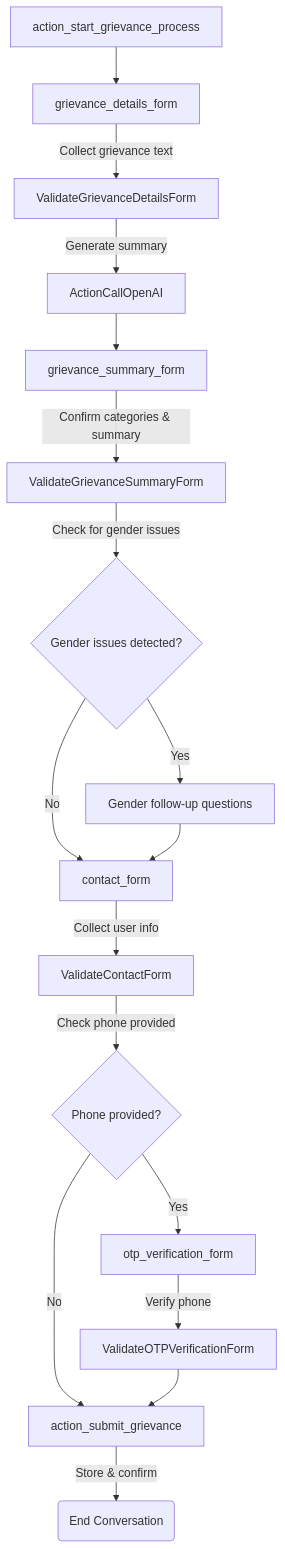
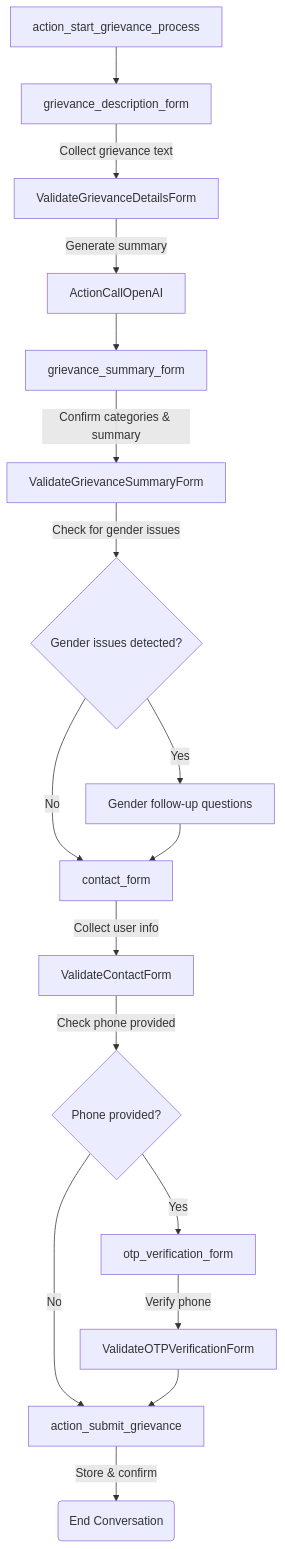
One commit to philgaeng/chatbot_ssh changed the second of 3 diagrams in documentation/CONVERSATION_FLOW.md. Above: the diagram before and after it, drawn with Mermaid. The commit also changed other lines of this file and 8077 other files, not shown here.

````diff
--- a/documentation/CONVERSATION_FLOW.md
+++ b/documentation/CONVERSATION_FLOW.md
@@ -26,19 +26,19 @@
 ```mermaid
 flowchart TD
-    StartGrievance[action_start_grievance_process] --> GrievanceDetails[grievance_details_form]
+    StartGrievance[action_start_grievance_process] --> GrievanceDetails[grievance_description_form]
     GrievanceDetails --> |Collect grievance text| ValidateGrievanceDetails[ValidateGrievanceDetailsForm]
     ValidateGrievanceDetails --> |Generate summary| OpenAICall[ActionCallOpenAI]
     OpenAICall --> GrievanceSummary[grievance_summary_form]
     GrievanceSummary --> |Confirm categories & summary| ValidateGrievanceSummary[ValidateGrievanceSummaryForm]
     ValidateGrievanceSummary --> |Check for gender issues| GenderCheck{Gender issues detected?}
     GenderCheck -->|Yes| GenderFollowUp[Gender follow-up questions]
     GenderCheck -->|No| ContactForm[contact_form]
     GenderFollowUp --> ContactForm
     ContactForm --> |Collect user info| ValidateContact[ValidateContactForm]
     ValidateContact --> |Check phone provided| PhoneCheck{Phone provided?}
     PhoneCheck -->|Yes| OTPForm[otp_verification_form]
     PhoneCheck -->|No| SubmitGrievance[action_submit_grievance]
     OTPForm --> |Verify phone| ValidateOTP[ValidateOTPVerificationForm]
     ValidateOTP --> SubmitGrievance
     SubmitGrievance --> |Store & confirm| End(End Conversation)
 ```
````
